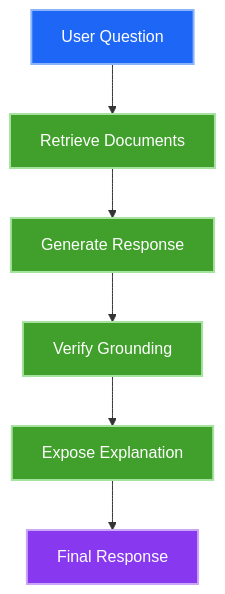
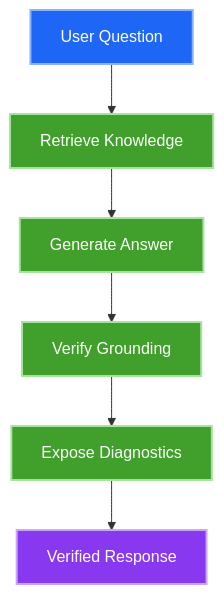
Before and after one commit to himanshu-jadhav108/AgentFlow-AI: the first of 3 diagrams in README.md, drawn with Mermaid. The commit also changed other lines of this file, not shown here.

Commit message:
docs: overhaul README with product storytelling, visual flows, and engineering highlights

````diff
--- a/README.md
+++ b/README.md
@@ -31,12 +87,12 @@
 ```mermaid
 graph TD;
     classDef styleStart fill:#1E66F5,stroke:#89B4FA,stroke-width:2px,color:#FFFFFF;
     classDef styleProcess fill:#40A02B,stroke:#A6E3A1,stroke-width:2px,color:#FFFFFF;
     classDef styleEnd fill:#8839EF,stroke:#CBA6F7,stroke-width:2px,color:#FFFFFF;
 
-    Q[User Question]:::styleStart --> R[Retrieve Documents]:::styleProcess;
-    R --> G[Generate Response]:::styleProcess;
+    Q[User Question]:::styleStart --> R[Retrieve Knowledge]:::styleProcess;
+    R --> G[Generate Answer]:::styleProcess;
     G --> V[Verify Grounding]:::styleProcess;
-    V --> E[Expose Explanation]:::styleProcess;
-    E --> Ans[Final Response]:::styleEnd;
+    V --> E[Expose Diagnostics]:::styleProcess;
+    E --> Ans[Verified Response]:::styleEnd;
 ```
````
